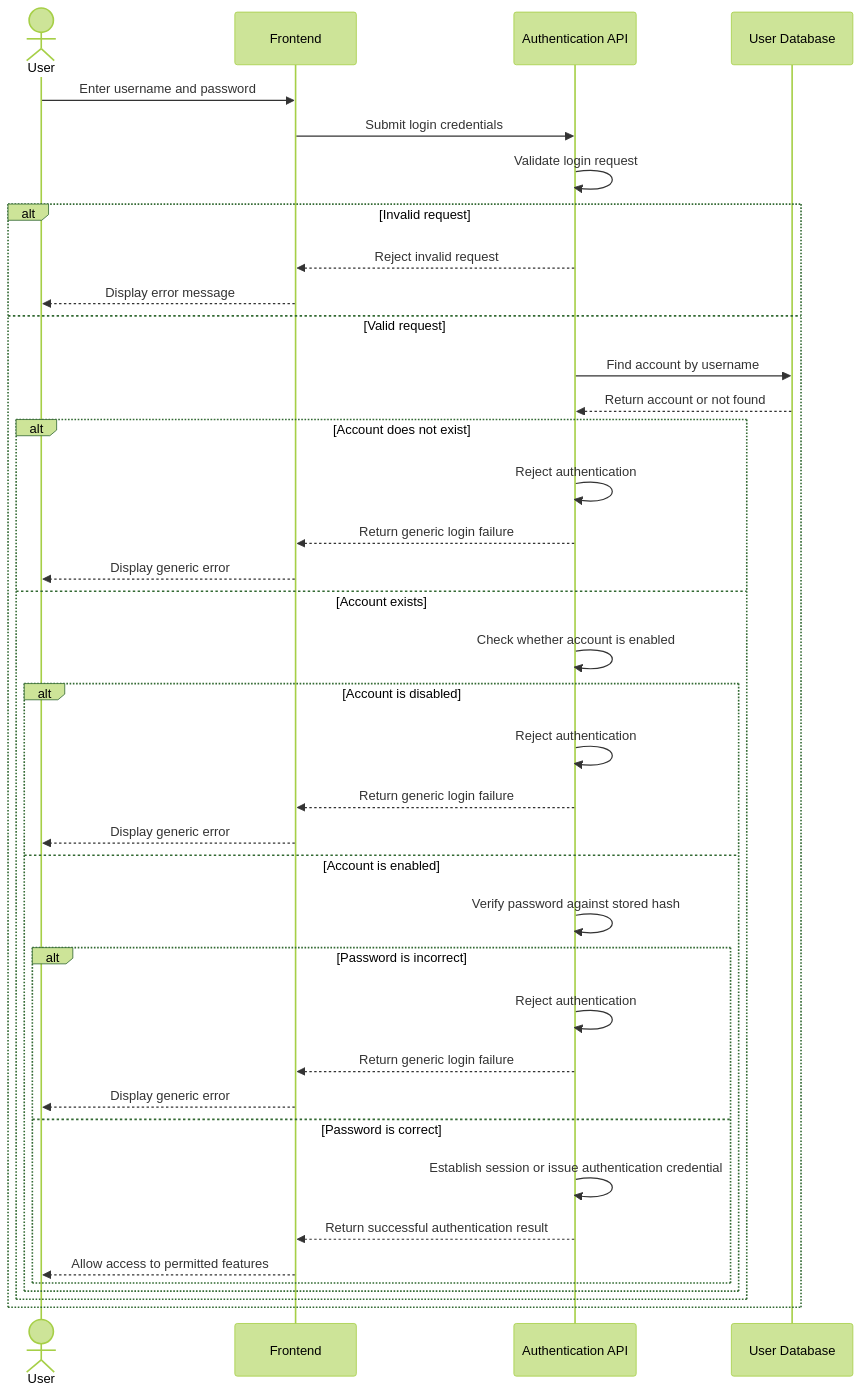
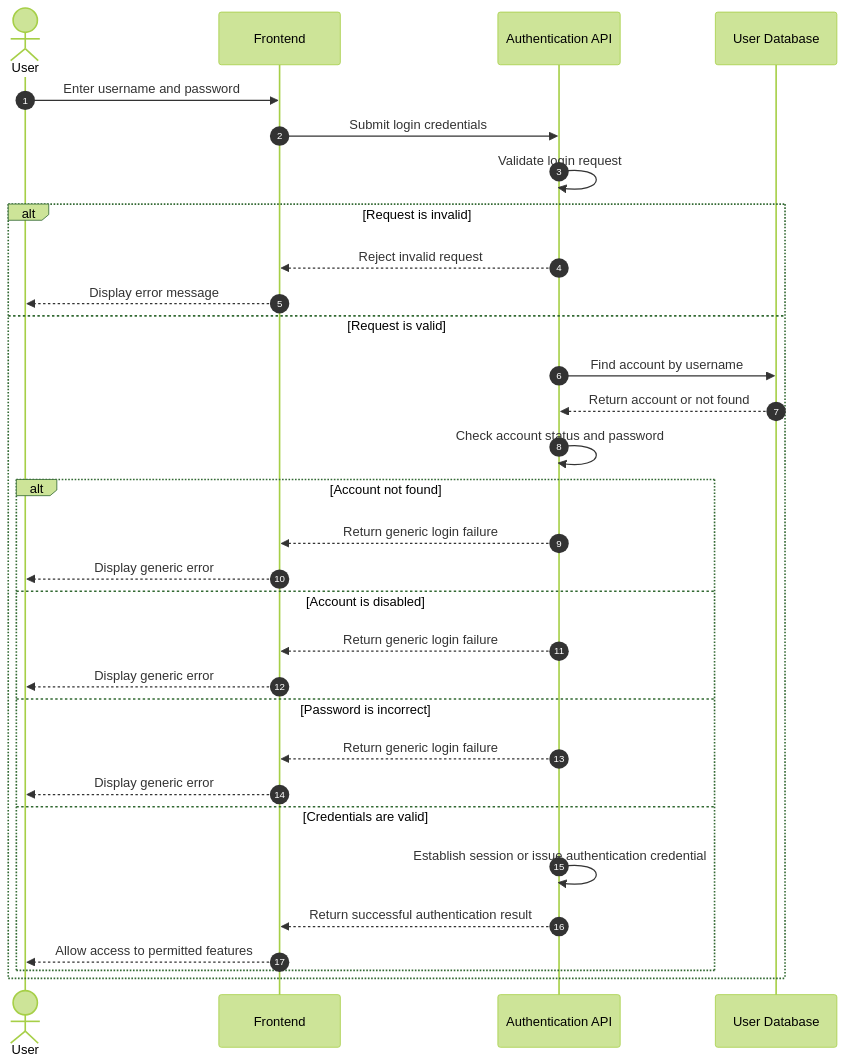
The first of 2 diagrams in docs/design/sequence/US-01-authentication.md (El-Dorado26/hive-honeypot-network), drawn with Mermaid (forest theme) before and after one commit. The commit also changed other lines of this file, not shown here.

Commit message:
Refine user login sequence diagram and criteria mapping
Updated the sequence diagram for user login to clarify the handling of invalid requests and added branches for account status and credential validation. Enhanced acceptance criteria mapping for better clarity on scenarios.

````diff
--- a/docs/design/sequence/US-01-authentication.md
+++ b/docs/design/sequence/US-01-authentication.md
@@ -16,43 +16,36 @@
 ```mermaid
 sequenceDiagram
+    autonumber
     actor User
     participant Frontend
     participant Backend as Authentication API
     participant DB as User Database
 
     User->>Frontend: Enter username and password
     Frontend->>Backend: Submit login credentials
     Backend->>Backend: Validate login request
 
-    alt Invalid request
+    alt Request is invalid
         Backend-->>Frontend: Reject invalid request
         Frontend-->>User: Display error message
-    else Valid request
+    else Request is valid
         Backend->>DB: Find account by username
         DB-->>Backend: Return account or not found
+        Backend->>Backend: Check account status and password
 
-        alt Account does not exist
-            Backend->>Backend: Reject authentication
+        alt Account not found
             Backend-->>Frontend: Return generic login failure
             Frontend-->>User: Display generic error
-        else Account exists
-            Backend->>Backend: Check whether account is enabled
-            alt Account is disabled
-                Backend->>Backend: Reject authentication
-                Backend-->>Frontend: Return generic login failure
-                Frontend-->>User: Display generic error
-            else Account is enabled
-                Backend->>Backend: Verify password against stored hash
-                alt Password is incorrect
-                    Backend->>Backend: Reject authentication
-                    Backend-->>Frontend: Return generic login failure
-                    Frontend-->>User: Display generic error
-                else Password is correct
-                    Backend->>Backend: Establish session or issue authentication credential
-                    Backend-->>Frontend: Return successful authentication result
-                    Frontend-->>User: Allow access to permitted features
-                end
-            end
+        else Account is disabled
+            Backend-->>Frontend: Return generic login failure
+            Frontend-->>User: Display generic error
+        else Password is incorrect
+            Backend-->>Frontend: Return generic login failure
+            Frontend-->>User: Display generic error
+        else Credentials are valid
+            Backend->>Backend: Establish session or issue authentication credential
+            Backend-->>Frontend: Return successful authentication result
+            Frontend-->>User: Allow access to permitted features
         end
     end
 ```
````
